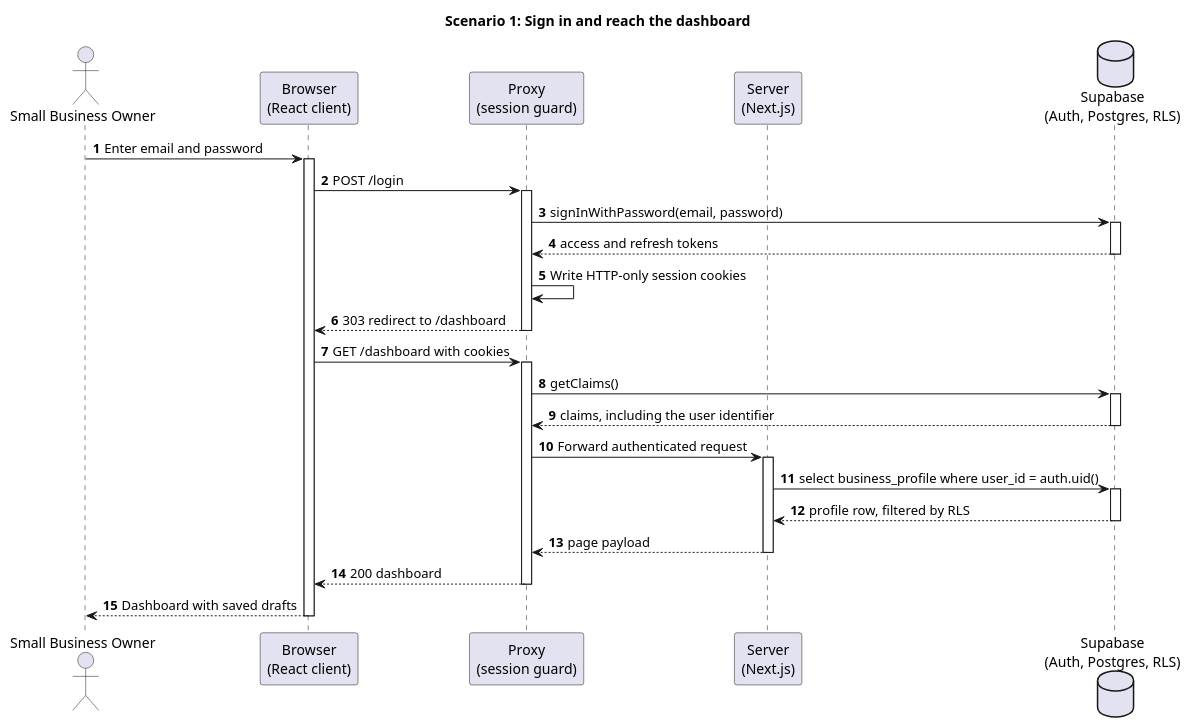
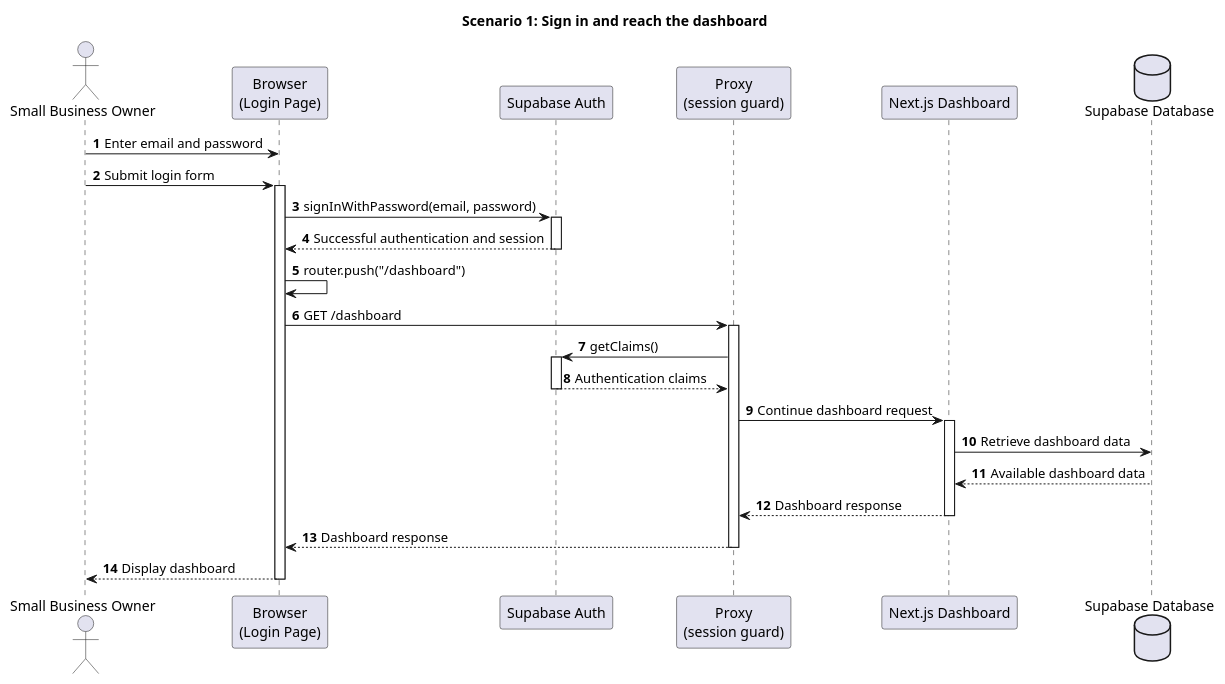
One commit to sub0xdai/vic-uni-capstone changed the first of 5 diagrams in docs/sections/05-sequence-diagrams.md. Above: the diagram before and after it, drawn with PlantUML. The commit also changed other lines of this file and 7 other files, not shown here.

First line of the commit message:
docs: correct and render sequence diagrams (G1)

````diff
--- a/docs/sections/05-sequence-diagrams.md
+++ b/docs/sections/05-sequence-diagrams.md
@@ -18,44 +14,44 @@
 ```plantuml
 @startuml
 title Scenario 1: Sign in and reach the dashboard
 autonumber
 
-actor       "Small Business Owner"            as User
-participant "Browser\n(React client)"         as Browser
-participant "Proxy\n(session guard)"          as Proxy
-participant "Server\n(Next.js)"               as Server
-database    "Supabase\n(Auth, Postgres, RLS)" as Supabase
+actor "Small Business Owner" as User
+participant "Browser\n(Login Page)" as Browser
+participant "Supabase Auth" as Auth
+participant "Proxy\n(session guard)" as Proxy
+participant "Next.js Dashboard" as Server
+database "Supabase Database" as DB
 
-User    -> Browser  : Enter email and password
+User -> Browser: Enter email and password
+User -> Browser: Submit login form
 activate Browser
-Browser -> Proxy    : POST /login
+
+Browser -> Auth: signInWithPassword(email, password)
+activate Auth
+Auth --> Browser: Successful authentication and session
+deactivate Auth
+
+Browser -> Browser: router.push("/dashboard")
+Browser -> Proxy: GET /dashboard
 activate Proxy
-Proxy   -> Supabase : signInWithPassword(email, password)
-activate Supabase
-Supabase --> Proxy  : access and refresh tokens
-deactivate Supabase
-Proxy   -> Proxy    : Write HTTP-only session cookies
-Proxy   --> Browser : 303 redirect to /dashboard
+
+Proxy -> Auth: getClaims()
+activate Auth
+Auth --> Proxy: Authentication claims
+deactivate Auth
+
+Proxy -> Server: Continue dashboard request
+activate Server
+Server -> DB: Retrieve dashboard data
+DB --> Server: Available dashboard data
+Server --> Proxy: Dashboard response
+deactivate Server
+
+Proxy --> Browser: Dashboard response
 deactivate Proxy
-
-Browser -> Proxy    : GET /dashboard with cookies
-activate Proxy
-Proxy   -> Supabase : getClaims()
-activate Supabase
-Supabase --> Proxy  : claims, including the user identifier
-deactivate Supabase
-Proxy   -> Server   : Forward authenticated request
-activate Server
-Server  -> Supabase : select business_profile where user_id = auth.uid()
-activate Supabase
-Supabase --> Server : profile row, filtered by RLS
-deactivate Supabase
-Server  --> Proxy   : page payload
-deactivate Server
-Proxy   --> Browser : 200 dashboard
-deactivate Proxy
-Browser --> User    : Dashboard with saved drafts
+Browser --> User: Display dashboard
 deactivate Browser
 
 @enduml
 ```
````
